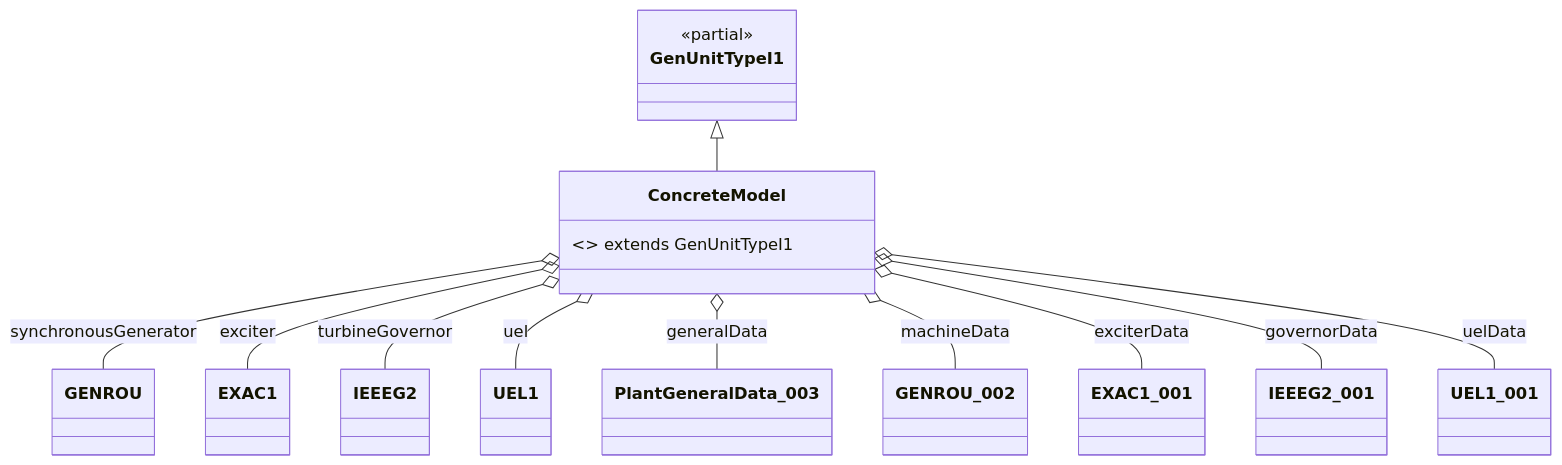
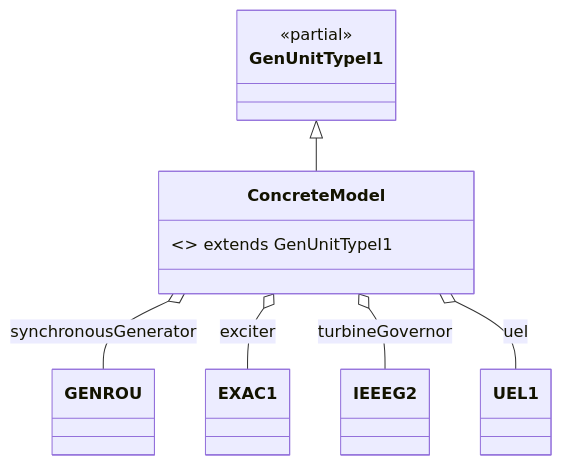
One commit to Opal-RT-Technologies/ephasorsim-modelica-library changed the second of 2 diagrams in modelica/OpalRT/docs/TypeI.md. Above: the diagram before and after it, drawn with Mermaid. The commit also changed other lines of this file and 56 other files, not shown here.

````diff
--- a/modelica/OpalRT/docs/TypeI.md
+++ b/modelica/OpalRT/docs/TypeI.md
@@ -83,24 +66,15 @@
 ```mermaid
 classDiagram
 class GenUnitTypeI1 { <<partial>> }
 class ConcreteModel { <<model>> extends GenUnitTypeI1 }
 class GENROU { }
 class EXAC1 { }
 class IEEEG2 { }
 class UEL1 { }
-class PlantGeneralData_003 { }
-class GENROU_002 { }
-class EXAC1_001 { }
-class IEEEG2_001 { }
-class UEL1_001 { }
+
 GenUnitTypeI1 <|-- ConcreteModel
 ConcreteModel o-- GENROU : synchronousGenerator
 ConcreteModel o-- EXAC1 : exciter
 ConcreteModel o-- IEEEG2 : turbineGovernor
 ConcreteModel o-- UEL1 : uel
-ConcreteModel o-- PlantGeneralData_003 : generalData
-ConcreteModel o-- GENROU_002 : machineData
-ConcreteModel o-- EXAC1_001 : exciterData
-ConcreteModel o-- IEEEG2_001 : governorData
-ConcreteModel o-- UEL1_001 : uelData
 ```
````
